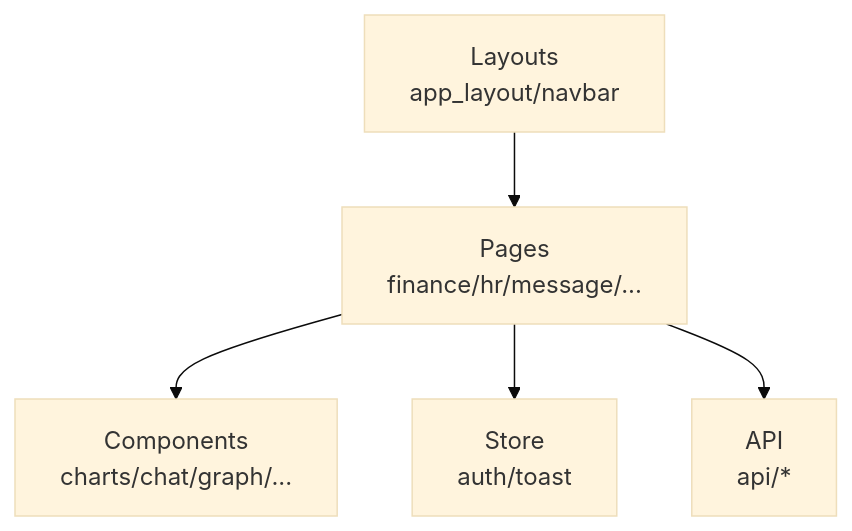
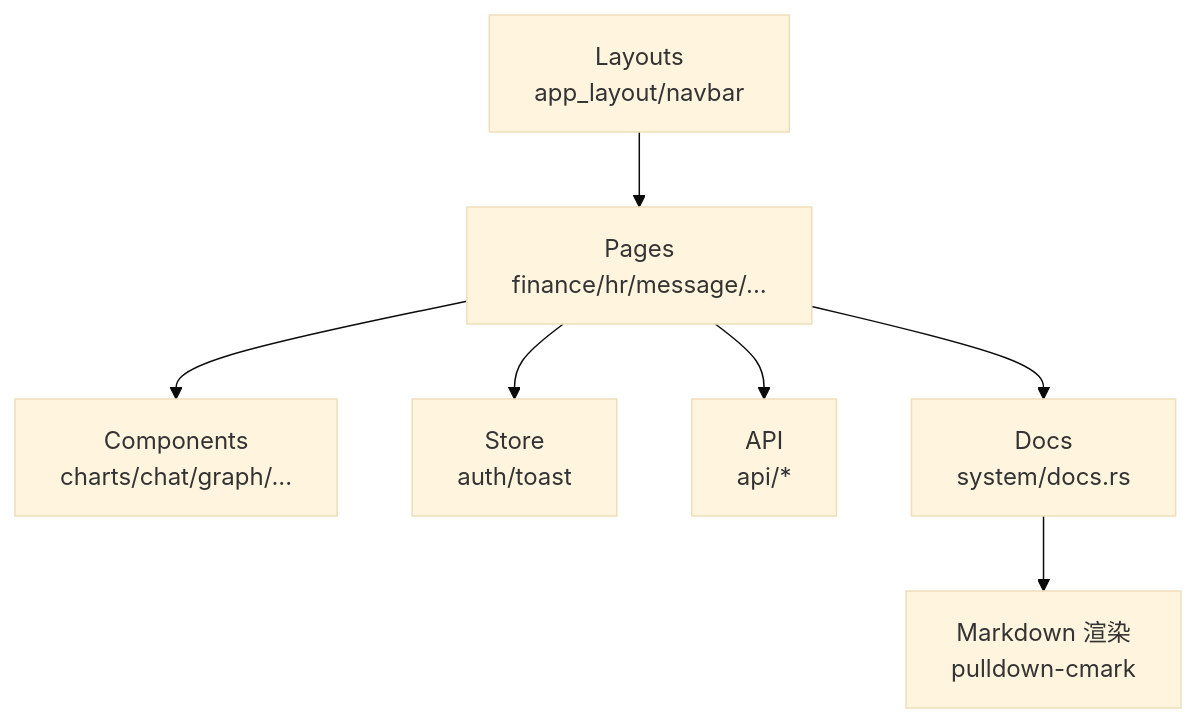
The seventh of 9 diagrams in .qoder/repowiki/zh/content/前端应用/前端架构设计.md (runningcoders/ai_orz), drawn with Mermaid (base theme) before and after one commit. The commit also changed other lines of this file and 338 other files, not shown here.

````diff
--- a/.qoder/repowiki/zh/content/前端应用/前端架构设计.md
+++ b/.qoder/repowiki/zh/content/前端应用/前端架构设计.md
@@ -290,7 +330,9 @@
 ```mermaid
 graph TB
 L["Layouts<br/>app_layout/navbar"] --> P["Pages<br/>finance/hr/message/..."]
 P --> C["Components<br/>charts/chat/graph/..."]
 P --> S["Store<br/>auth/toast"]
 P --> A["API<br/>api/*"]
+P --> D["Docs<br/>system/docs.rs"]
+D --> M["Markdown 渲染<br/>pulldown-cmark"]
 ```
````
